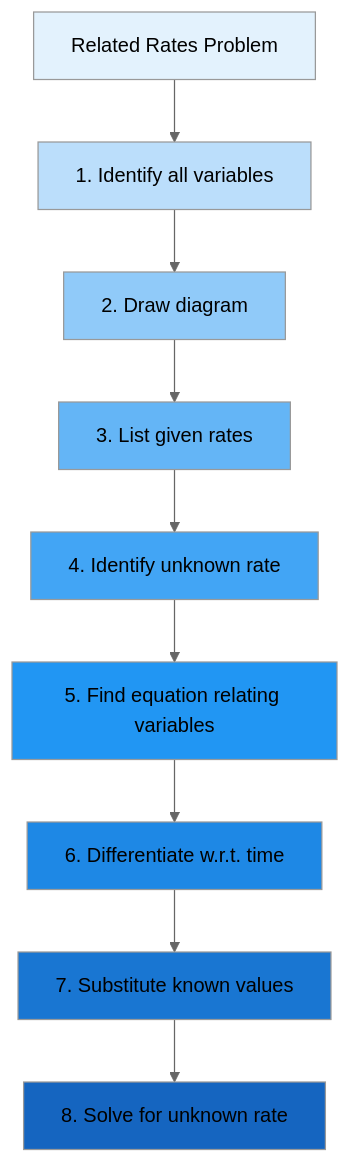
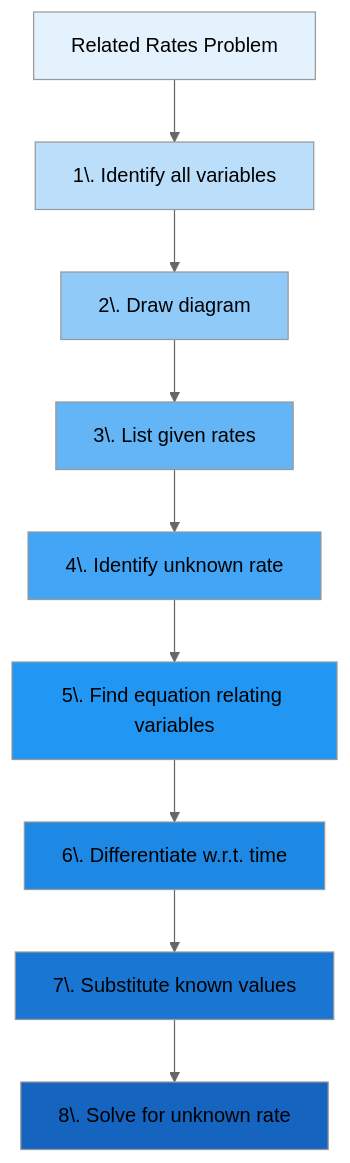
Diagram 14 of 14 in Calculus/C_2_1.md (Chaklader/Quantitative_Finance), drawn with Mermaid (neutral theme) before and after one commit.

Commit message:
The commit is successful

````diff
--- a/Calculus/C_2_1.md
+++ b/Calculus/C_2_1.md
@@ -2161,21 +2161,21 @@
 ```mermaid
 flowchart TD
-    A["Related Rates Problem"] --> B["1. Identify all variables"]
-    B --> C["2. Draw diagram"]
-    C --> D["3. List given rates"]
-    D --> E["4. Identify unknown rate"]
-    E --> F["5. Find equation relating variables"]
-    F --> G["6. Differentiate w.r.t. time"]
-    G --> H["7. Substitute known values"]
-    H --> I["8. Solve for unknown rate"]
+    A["Related Rates Problem"] --> B["1\. Identify all variables"]
+    B --> C["2\. Draw diagram"]
+    C --> D["3\. List given rates"]
+    D --> E["4\. Identify unknown rate"]
+    E --> F["5\. Find equation relating variables"]
+    F --> G["6\. Differentiate w.r.t. time"]
+    G --> H["7\. Substitute known values"]
+    H --> I["8\. Solve for unknown rate"]
 
     style A fill:#E3F2FD
     style B fill:#BBDEFB
     style C fill:#90CAF9
     style D fill:#64B5F6
     style E fill:#42A5F5
     style F fill:#2196F3
     style G fill:#1E88E5
     style H fill:#1976D2
     style I fill:#1565C0
 ```
````
